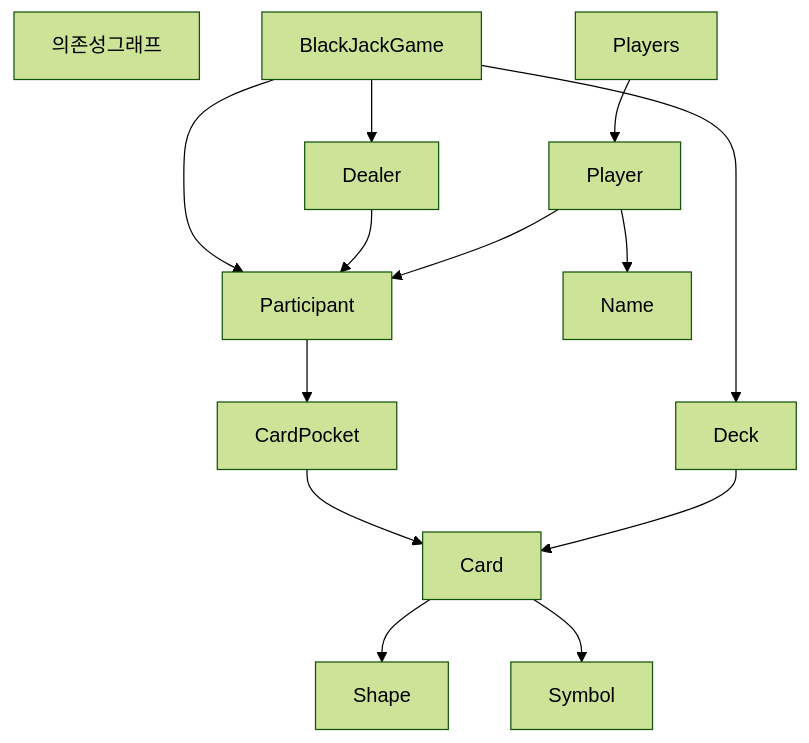
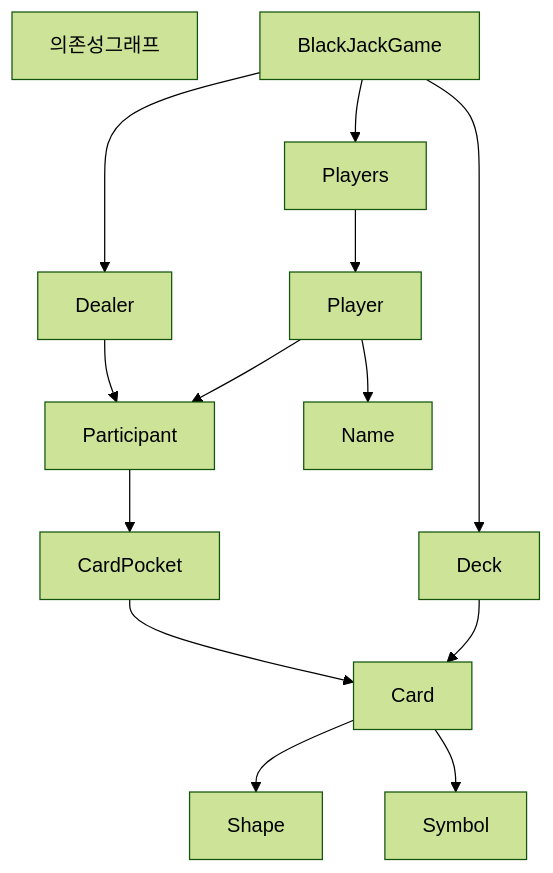
One commit to woowacourse/java-blackjack changed the diagram in README.md. Above: the diagram before and after it, drawn with Mermaid (forest theme). The commit also changed other lines of this file and 2 other files, not shown here.

````diff
--- a/README.md
+++ b/README.md
@@ -9,20 +9,20 @@
 ```mermaid
 graph TD
 의존성그래프
-BlackJackGame --> Participant
+BlackJackGame --> Players
 BlackJackGame --> Deck
 BlackJackGame --> Dealer
 
 
 Participant --> CardPocket
 Dealer --> Participant
 Player --> Participant
 
 Players --> Player
 Player --> Name
 CardPocket --> Card
 
 Deck --> Card
 Card --> Shape
 Card --> Symbol
 ```
````
